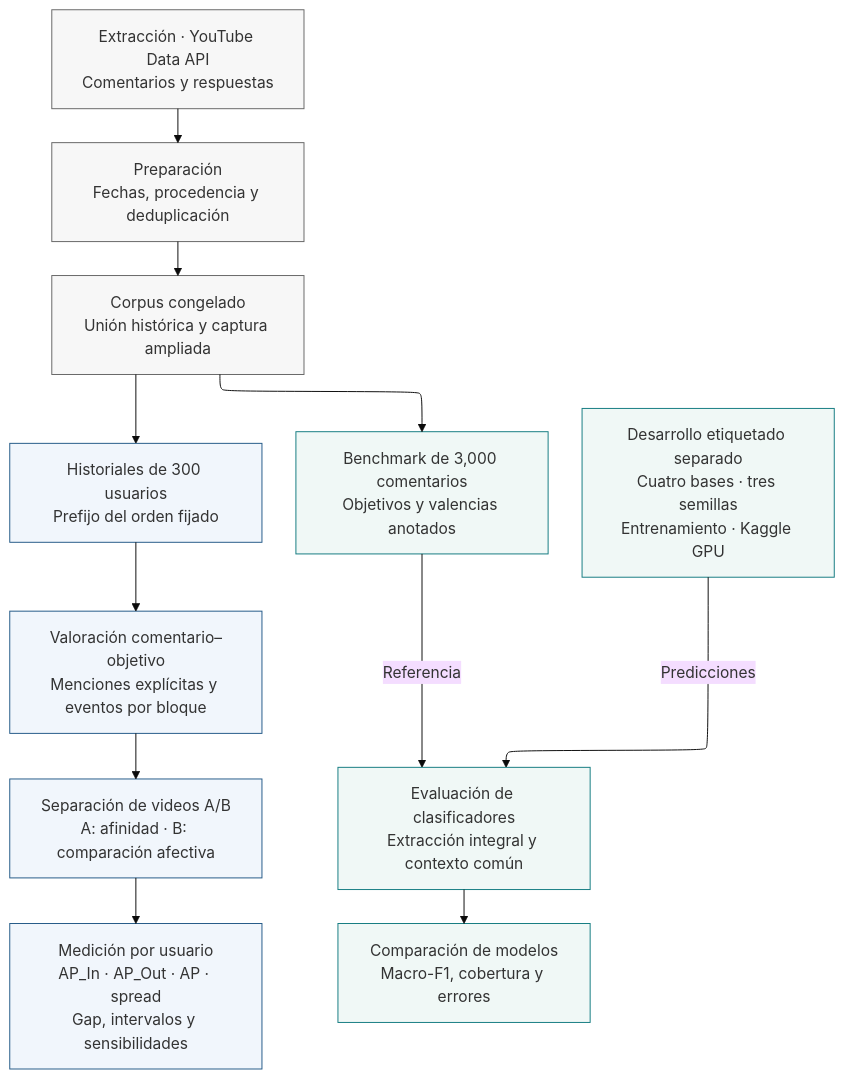
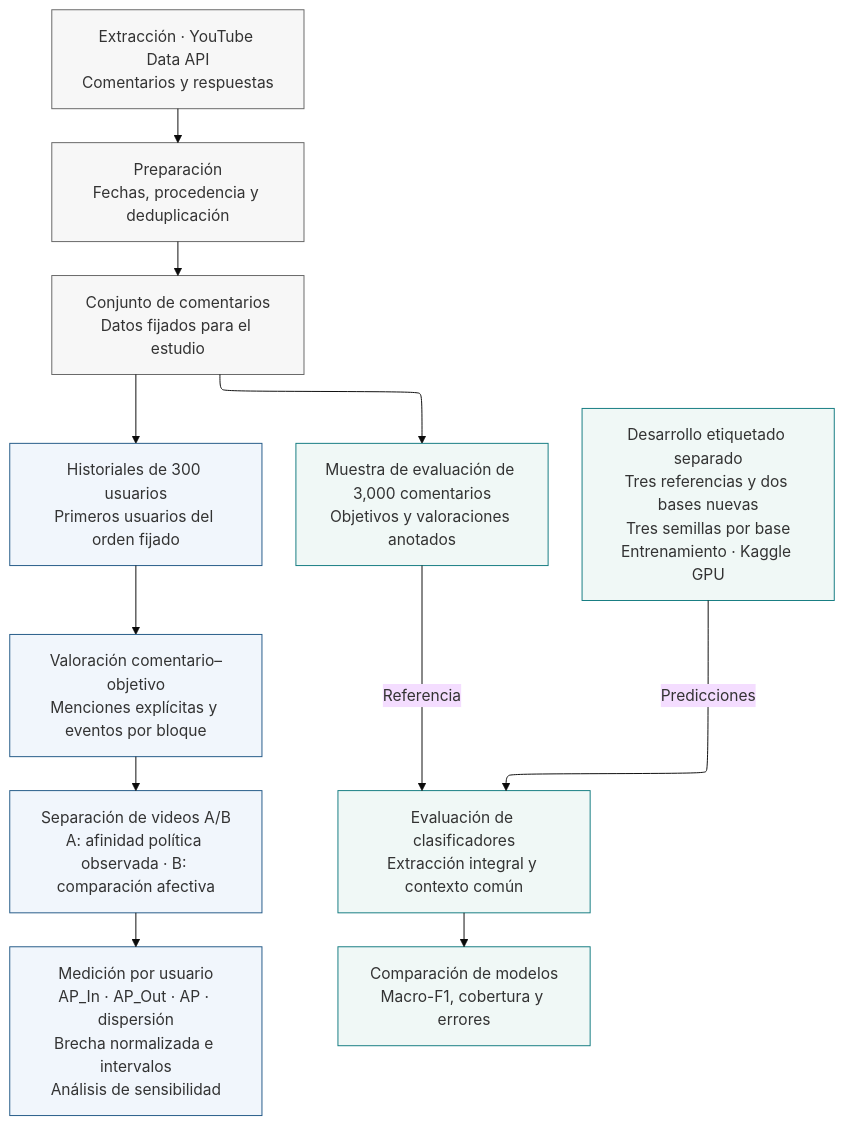
Before and after one commit to ElQuesoHelado/SA_Polarization: the diagram in docs/pipeline_actual.mmd, drawn with Mermaid. The commit also changed 29 other files, not shown here.

```diff
--- a/docs/pipeline_actual.mmd
+++ b/docs/pipeline_actual.mmd
@@ -1,22 +1,22 @@
 ---
 config:
   layout: elk
   theme: base
 ---
 flowchart TB
     A["Extracción · YouTube Data API<br>Comentarios y respuestas"] --> B["Preparación<br>Fechas, procedencia y deduplicación"]
-    B --> C["Corpus congelado<br>Unión histórica y captura ampliada"]
-    C --> H["Historiales de 300 usuarios<br>Prefijo del orden fijado"]
-    C --> K["Benchmark de 3,000 comentarios<br>Objetivos y valencias anotados"]
+    B --> C["Conjunto de comentarios<br>Datos fijados para el estudio"]
+    C --> H["Historiales de 300 usuarios<br>Primeros usuarios del orden fijado"]
+    C --> K["Muestra de evaluación de 3,000 comentarios<br>Objetivos y valoraciones anotados"]
     H --> T["Valoración comentario–objetivo<br>Menciones explícitas y eventos por bloque"]
-    T --> AB["Separación de videos A/B<br>A: afinidad · B: comparación afectiva"]
-    AB --> M["Medición por usuario<br>AP_In · AP_Out · AP · spread<br>Gap, intervalos y sensibilidades"]
-    D["Desarrollo etiquetado separado<br>Cuatro bases · tres semillas<br>Entrenamiento · Kaggle GPU"] -->|Predicciones| E["Evaluación de clasificadores<br>Extracción integral y contexto común"]
+    T --> AB["Separación de videos A/B<br>A: afinidad política observada · B: comparación afectiva"]
+    AB --> M["Medición por usuario<br>AP_In · AP_Out · AP · dispersión<br>Brecha normalizada e intervalos<br>Análisis de sensibilidad"]
+    D["Desarrollo etiquetado separado<br>Tres referencias y dos bases nuevas<br>Tres semillas por base<br>Entrenamiento · Kaggle GPU"] -->|Predicciones| E["Evaluación de clasificadores<br>Extracción integral y contexto común"]
     K -->|Referencia| E
     E --> R["Comparación de modelos<br>Macro-F1, cobertura y errores"]
     classDef shared fill:#f7f7f7,stroke:#666
     classDef measurement fill:#f1f6fc,stroke:#235987
     classDef models fill:#f0f8f6,stroke:#137b80
     class A,B,C shared
     class H,T,AB,M measurement
     class K,D,E,R models
```
